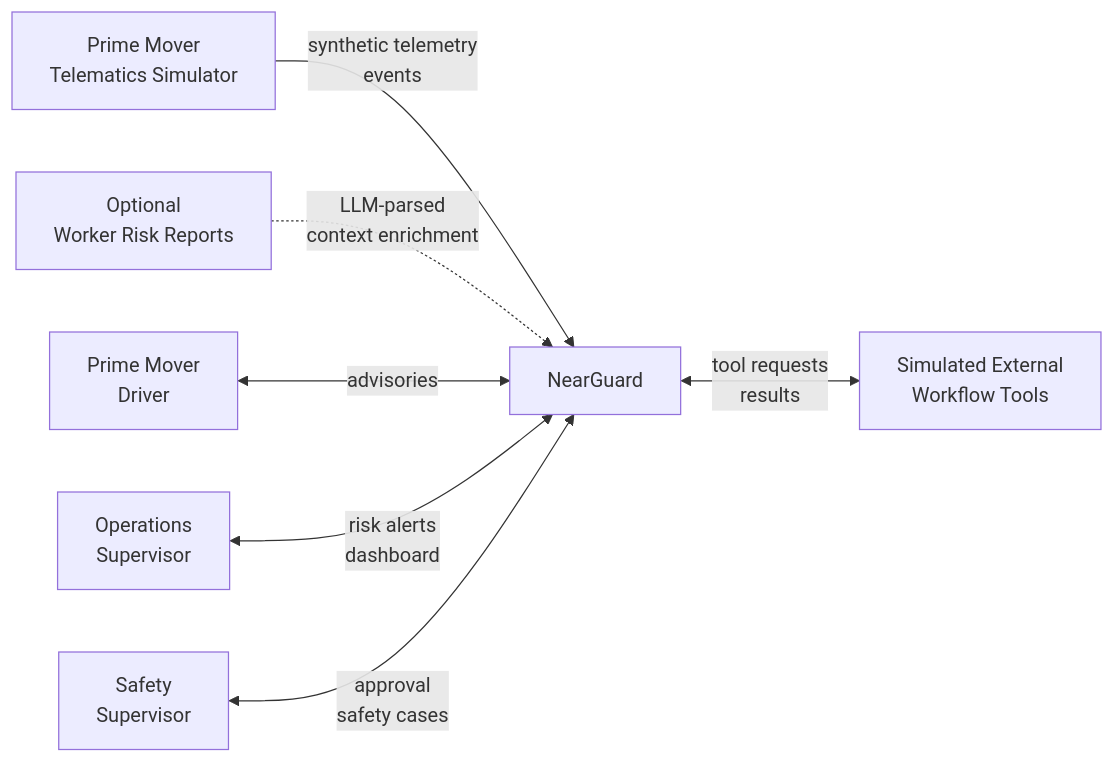
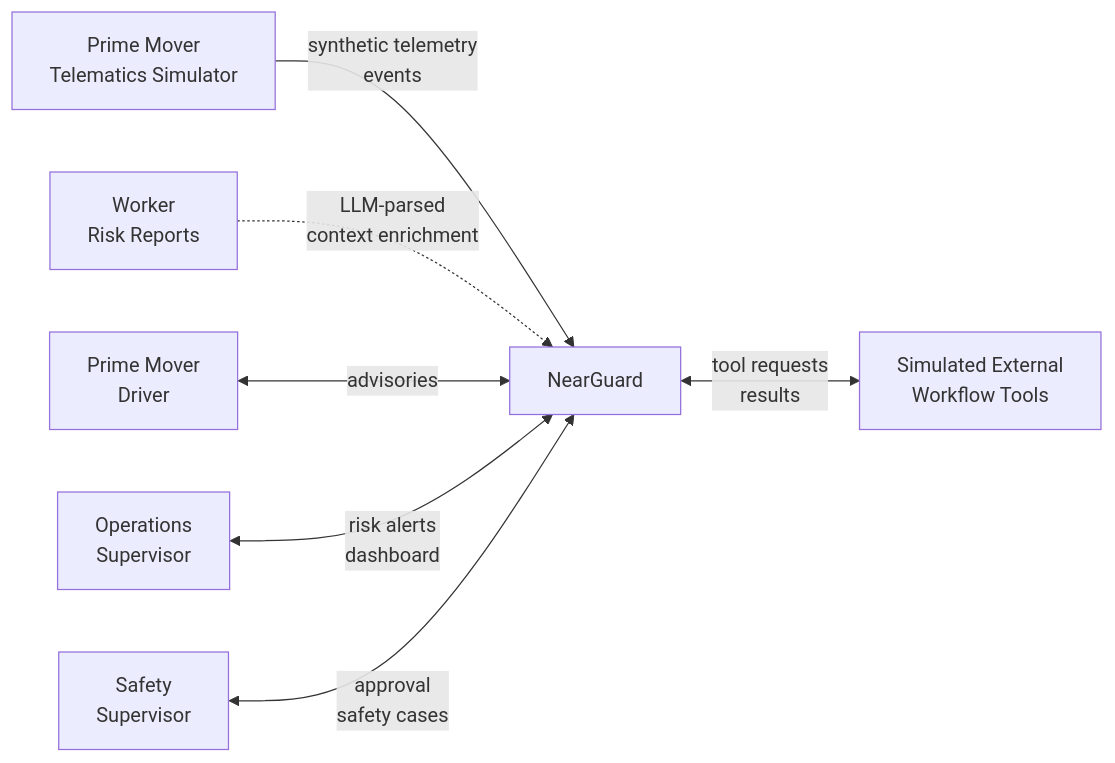
The first of 5 diagrams in docs/design.md (juneha1120/nearguard), drawn with Mermaid before and after one commit. The commit also changed other lines of this file and 47 other files, not shown here.

````diff
--- a/docs/design.md
+++ b/docs/design.md
@@ -48,17 +48,17 @@
 ```mermaid
 flowchart LR
     Driver[Prime Mover<br/>Driver]
     Ops[Operations<br/>Supervisor]
     Safety[Safety<br/>Supervisor]
     NearGuard[NearGuard]
     EventSource[Prime Mover<br/>Telematics Simulator]
-    WorkerReports[Optional<br/>Worker Risk Reports]
+    WorkerReports[Worker<br/>Risk Reports]
     ToolSystems[Simulated External<br/>Workflow Tools]
 
     EventSource -->|synthetic telemetry<br/>events| NearGuard
     WorkerReports -.->|LLM-parsed<br/>context enrichment| NearGuard
     Driver <-->|advisories| NearGuard
     Ops <-->|risk alerts<br/>dashboard| NearGuard
     Safety <-->|approval<br/>safety cases| NearGuard
     NearGuard <-->|tool requests<br/>results| ToolSystems
 ```
````
